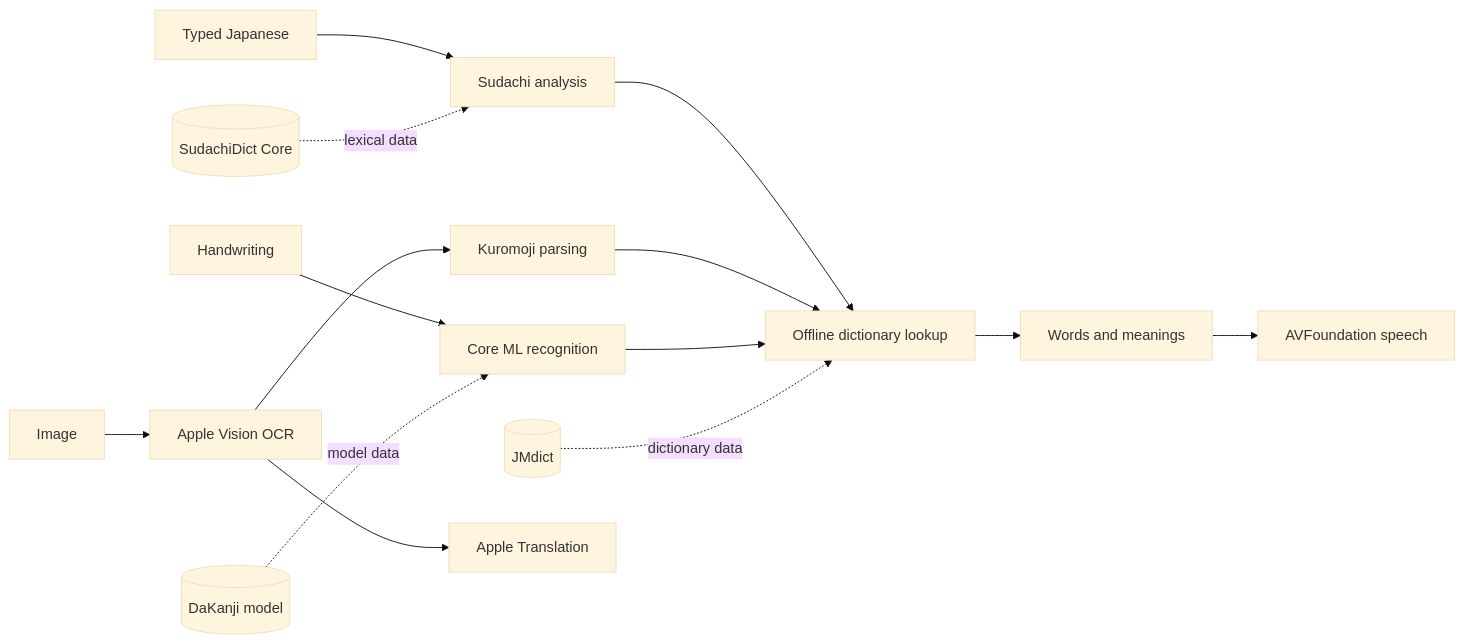
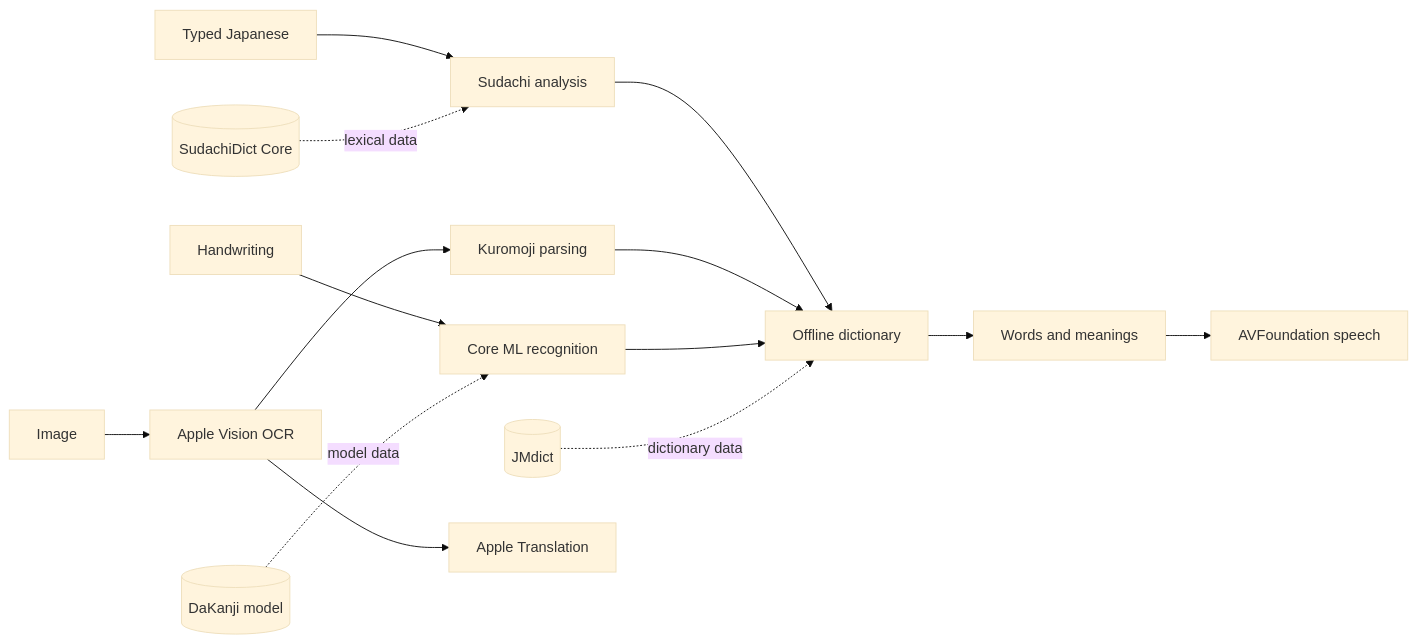
The diagram in docs/technologies.md (serpcompany/zenbujapanese-monorepo), drawn with Mermaid (base theme) before and after one commit. The commit also changed 6 other files, not shown here.

First line of the commit message:
Rename Lookup docs to Dictionary and trim stale docs

````diff
--- a/docs/technologies.md
+++ b/docs/technologies.md
@@ -17,19 +17,19 @@
 ```mermaid
 flowchart LR
     Text["Typed Japanese"] --> Sudachi["Sudachi analysis"]
     Image["Image"] --> Vision["Apple Vision OCR"]
     Vision --> Kuromoji["Kuromoji parsing"]
     Drawing["Handwriting"] --> CoreML["Core ML recognition"]
 
-    Sudachi --> Lookup["Offline dictionary lookup"]
-    Kuromoji --> Lookup
-    CoreML --> Lookup
+    Sudachi --> Dictionary["Offline dictionary"]
+    Kuromoji --> Dictionary
+    CoreML --> Dictionary
 
     SudachiDict[("SudachiDict Core")] -. lexical data .-> Sudachi
-    JMdict[("JMdict")] -. dictionary data .-> Lookup
+    JMdict[("JMdict")] -. dictionary data .-> Dictionary
     DaKanji[("DaKanji model")] -. model data .-> CoreML
 
-    Lookup --> Results["Words and meanings"]
+    Dictionary --> Results["Words and meanings"]
     Vision --> Translation["Apple Translation"]
     Results --> Speech["AVFoundation speech"]
 ```
````
